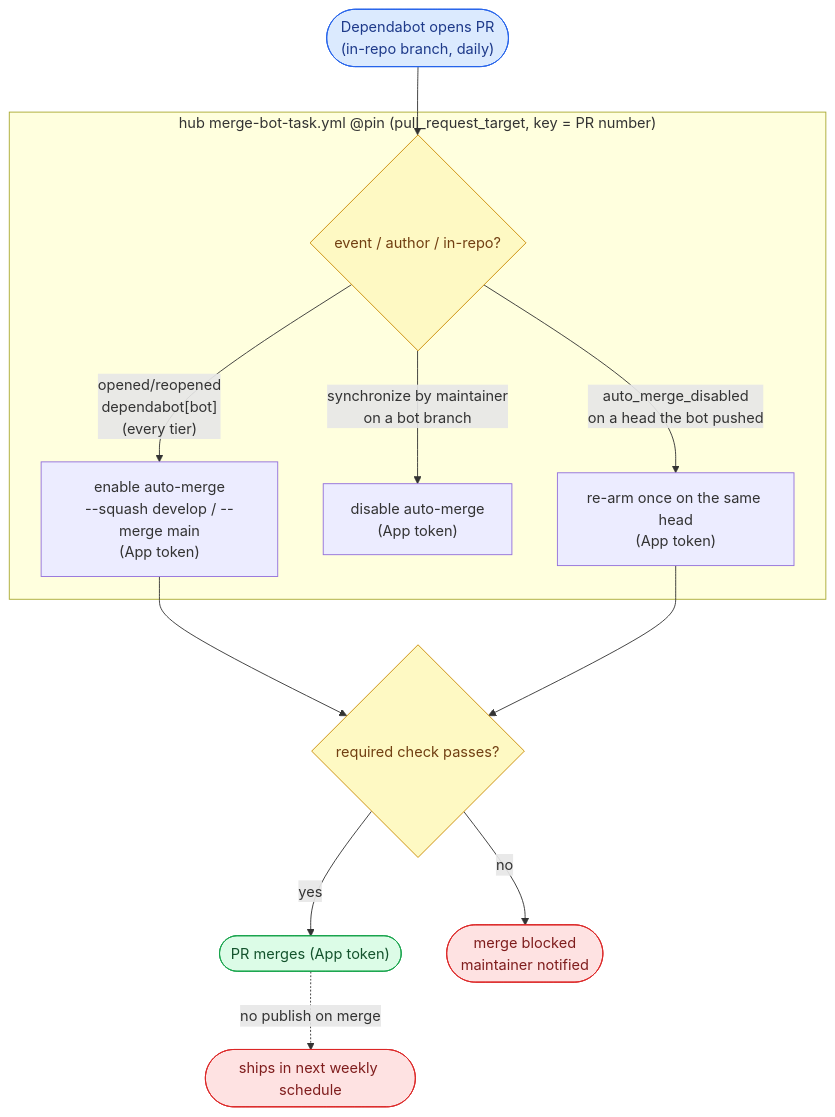
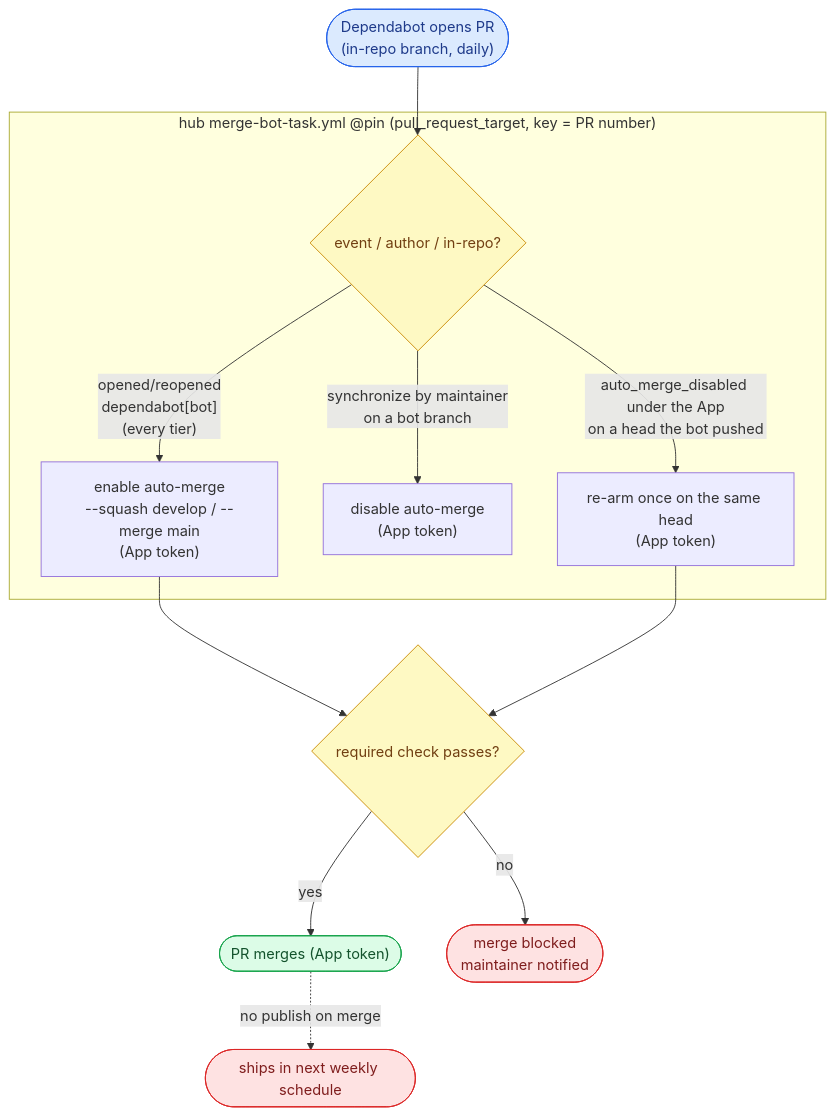
The third of 3 diagrams in WORKFLOW.md (ptr727/PlexCleaner), drawn with Mermaid before and after one commit.

Commit message:
Name Both Re-Arm Conditions on the Flowchart Edge

````diff
--- a/WORKFLOW.md
+++ b/WORKFLOW.md
@@ -307,19 +307,19 @@
 ```mermaid
 flowchart TD
     DEP(["Dependabot opens PR<br/>(in-repo branch, daily)"]):::trig --> MB
     subgraph MBT ["hub merge-bot-task.yml @pin (pull_request_target, key = PR number)"]
         MB{"event / author / in-repo?"}:::gate
         MB -- "opened/reopened<br/>dependabot[bot]<br/>(every tier)" --> EN["enable auto-merge<br/>--squash develop / --merge main<br/>(App token)"]
         MB -- "synchronize by maintainer<br/>on a bot branch" --> DIS["disable auto-merge<br/>(App token)"]
-        MB -- "auto_merge_disabled<br/>on a head the bot pushed" --> RE["re-arm once on the same head<br/>(App token)"]
+        MB -- "auto_merge_disabled under the App<br/>on a head the bot pushed" --> RE["re-arm once on the same head<br/>(App token)"]
     end
     EN --> CK{"required check passes?"}:::gate
     RE --> CK
     CK -- "yes" --> MRG(["PR merges (App token)"]):::pub
     CK -- "no" --> BLK(["merge blocked<br/>maintainer notified"]):::stop
     MRG -. "no publish on merge" .-> NEXT(["ships in next weekly schedule"]):::stop
     classDef trig fill:#dbeafe,stroke:#2563eb,color:#1e3a8a
     classDef gate fill:#fef9c3,stroke:#ca8a04,color:#713f12
     classDef pub fill:#dcfce7,stroke:#16a34a,color:#14532d
     classDef stop fill:#fee2e2,stroke:#dc2626,color:#7f1d1d
 ```
````
